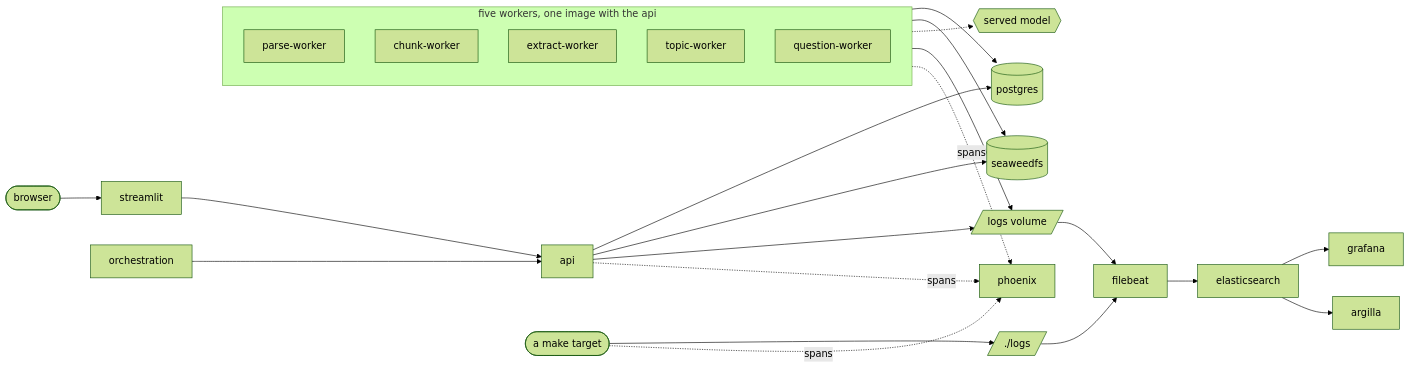
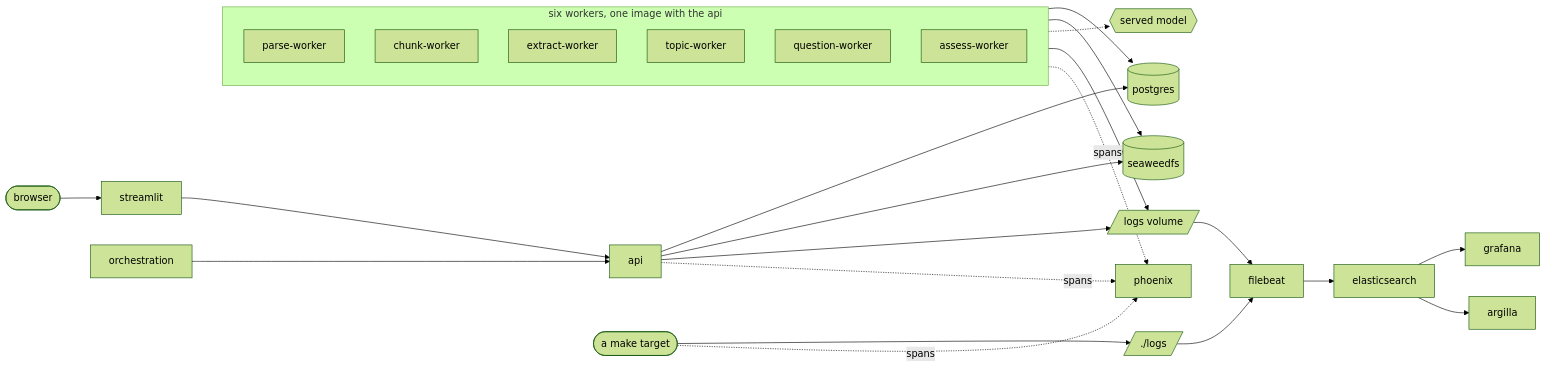
Before and after one commit to hazemkhaled-94/qa_generator: the fourth of 4 diagrams in docs/architecture.md, drawn with Mermaid (forest theme). The commit also changed other lines of this file and 75 other files, not shown here.

````diff
--- a/docs/architecture.md
+++ b/docs/architecture.md
@@ -145,29 +157,30 @@
 ```mermaid
 flowchart LR
     browser([browser]) --> streamlit
     streamlit --> api
     orchestration --> api
     api --> pg[(postgres)]
     api --> s3[(seaweedfs)]
 
-    subgraph workers [five workers, one image with the api]
+    subgraph workers [six workers, one image with the api]
         parse-worker
         chunk-worker
         extract-worker
         topic-worker
         question-worker
+        assess-worker
     end
     workers --> pg
     workers --> s3
     workers -.-> model{{served model}}
 
     workers --> logs[/logs volume/]
     api --> logs
     host([a make target]) --> hostlogs[/./logs/]
     hostlogs --> filebeat
     logs --> filebeat --> elasticsearch --> grafana
     host -.spans.-> phoenix
     workers -.spans.-> phoenix
     api -.spans.-> phoenix
     elasticsearch --> argilla
 ```
````
